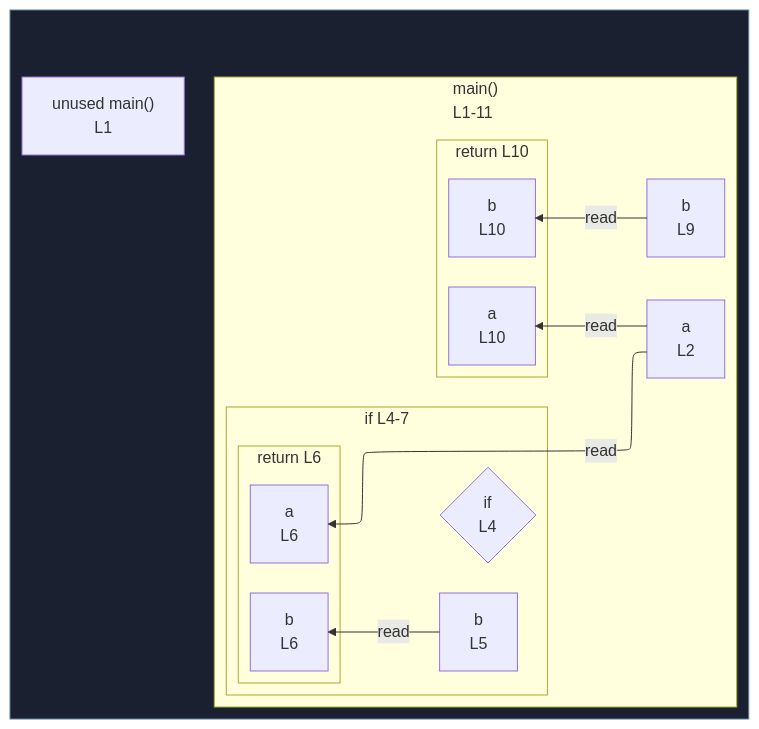
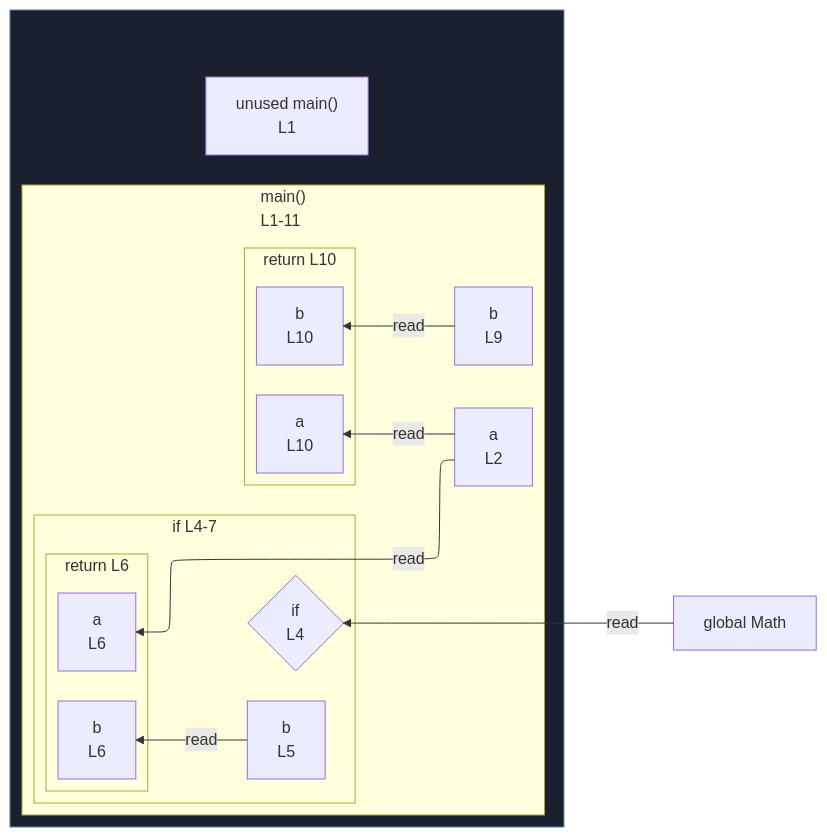
Before and after one commit to crescware/unsnarl: the diagram in integration/fixtures/function-multi-return-shorthand/preview.md, drawn with Mermaid. The commit also changed 107 other files, not shown here.

````diff
--- a/integration/fixtures/function-multi-return-shorthand/preview.md
+++ b/integration/fixtures/function-multi-return-shorthand/preview.md
@@ -21,34 +21,36 @@
 ```mermaid
 %%{init: {"flowchart": {"defaultRenderer": "elk"}}}%%
 flowchart RL
+  n_scope_0_Math_42["global Math"]
   subgraph wrap_s_scope_1[" "]
     direction TB
     n_scope_0_main_9["unused main()<br/>L1"]
     subgraph s_scope_1["main()<br/>L1-11"]
       direction RL
       n_scope_1_a_26["a<br/>L2"]
       n_scope_1_b_119["b<br/>L9"]
       subgraph s_scope_2["if L4-7"]
         direction RL
         if_test_scope_1_38{"if<br/>L4"}
         n_scope_2_b_75["b<br/>L5"]
         subgraph s_return_scope_0_main_9_89_105["return L6"]
           direction RL
           ret_use_ref_1["a<br/>L6"]
           ret_use_ref_2["b<br/>L6"]
         end
       end
       subgraph s_return_scope_0_main_9_131_147["return L10"]
         direction RL
         ret_use_ref_3["a<br/>L10"]
         ret_use_ref_4["b<br/>L10"]
       end
     end
   end
+  n_scope_0_Math_42 -->|read| if_test_scope_1_38
   n_scope_1_a_26 -->|read| ret_use_ref_1
   n_scope_2_b_75 -->|read| ret_use_ref_2
   n_scope_1_a_26 -->|read| ret_use_ref_3
   n_scope_1_b_119 -->|read| ret_use_ref_4
   classDef fnWrap fill:#1a2030,stroke:#5a7d99;
   class wrap_s_scope_1 fnWrap;
 ```
````
